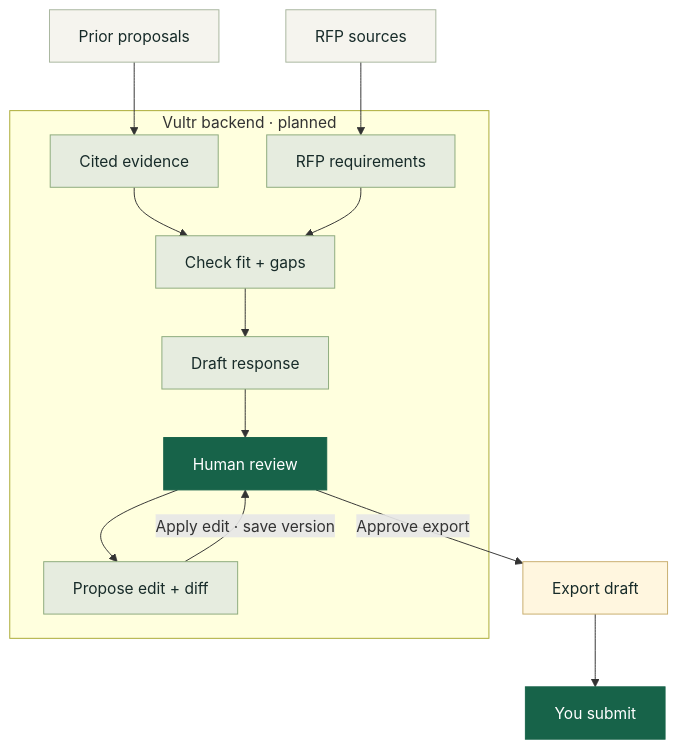
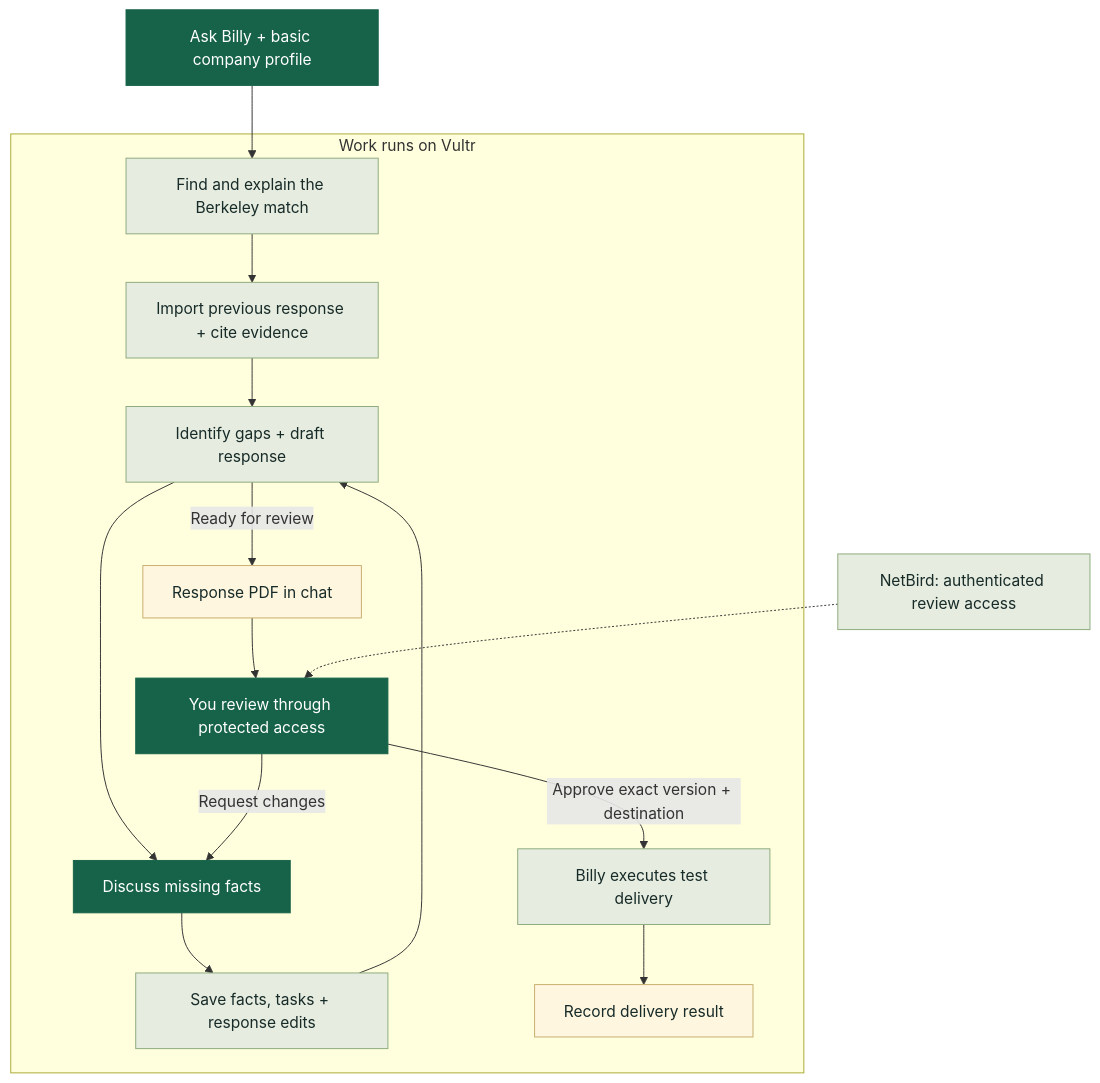
One commit to yveshughes/rfp-agent changed the diagram in site/assets/workflow.mmd. Above: the diagram before and after it, drawn with Mermaid. The commit also changed 3 other files, not shown here.

Commit message:
Clarify demo workflow and Vultr NetBird value on technical page

```diff
--- a/site/assets/workflow.mmd
+++ b/site/assets/workflow.mmd
@@ -1,23 +1,23 @@
 flowchart TD
-    accTitle: RFP Agent planned workflow
-    accDescr: Prior proposals become cited evidence. RFP sources become requirements. A Vultr backend compares them and drafts a response with gaps flagged. Voice edits require approval. A human exports and submits.
-    P["Prior proposals"] --> E["Cited evidence"]
-    S["RFP sources"] --> F["RFP requirements"]
-    subgraph V["Vultr backend · planned"]
-      E --> C["Check fit + gaps"]
-      F --> C
-      C --> D["Draft response"]
-      D --> R["Human review"]
-      R --> Q["Propose edit + diff"]
-      Q -->|Apply edit · save version| R
+    accTitle: Billy end-to-end demo workflow
+    accDescr: Target workflow. A company profile informs discovery. A previous response supplies evidence. Discussion closes gaps before a reviewed PDF and explicit delivery approval. Vultr hosts the workflow; NetBird protects reviewer access.
+    A["Ask Billy + basic company profile"] --> B["Find and explain the Berkeley match"]
+    subgraph V["Work runs on Vultr"]
+      B --> C["Import previous response + cite evidence"]
+      C --> D["Identify gaps + draft response"]
+      D --> E["Discuss missing facts"]
+      E --> F["Save facts, tasks + response edits"]
+      F --> D
+      D -->|Ready for review| P["Response PDF in chat"]
+      P --> R["You review through protected access"]
+      R -->|Request changes| E
+      R -->|Approve exact version + destination| S["Billy executes test delivery"]
+      S --> T["Record delivery result"]
     end
-    R -->|Approve export| X["Export draft"]
-    X --> H["You submit"]
-    classDef input fill:#f5f4ee,stroke:#a8b69e,color:#172b29
+    N["NetBird: authenticated review access"] -.-> R
     classDef work fill:#e6ecdf,stroke:#8caa7c,color:#172b29
     classDef human fill:#176349,stroke:#176349,color:#ffffff
     classDef output fill:#fff6df,stroke:#c8ad6d,color:#172b29
-    class P,S input
-    class E,F,C,D,Q work
-    class R,H human
-    class X output
+    class B,C,D,F,S,N work
+    class A,E,R human
+    class P,T output
```
